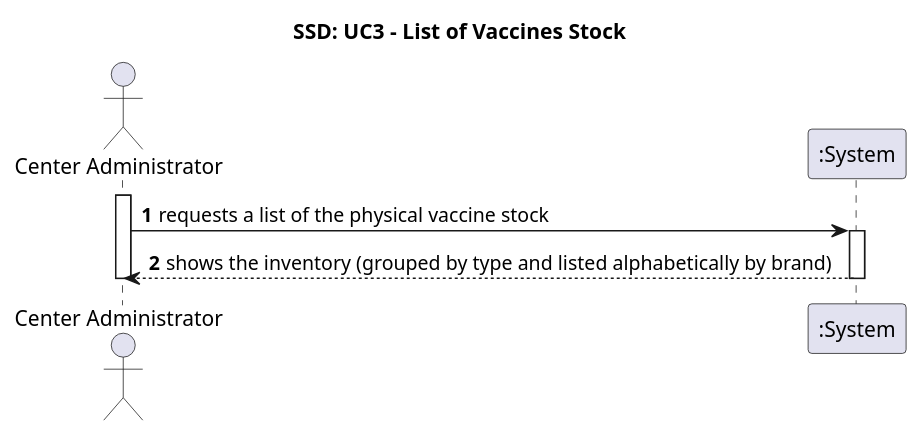
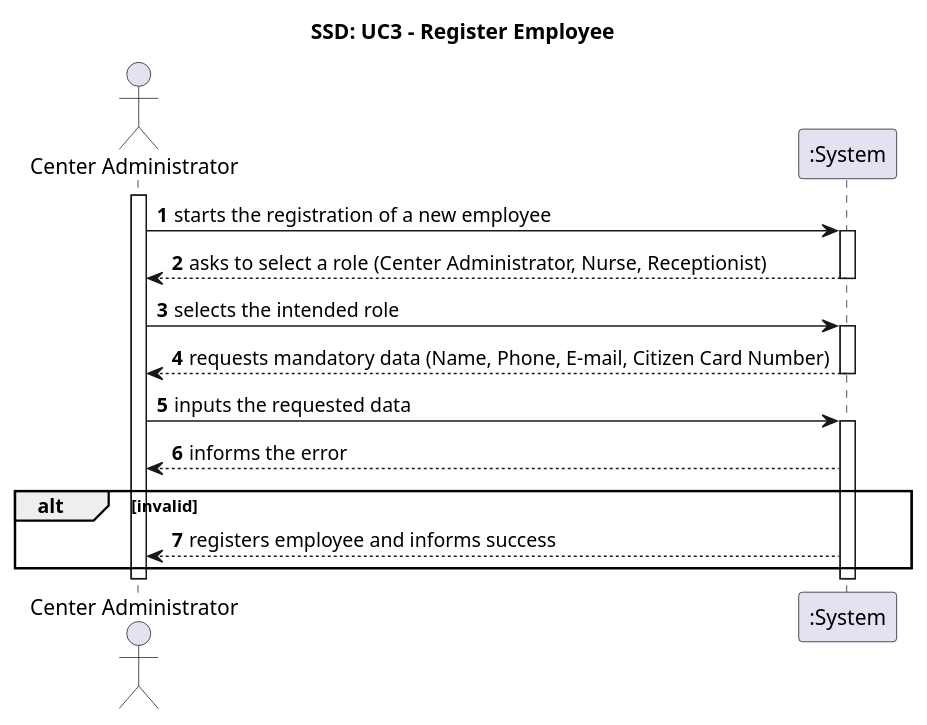
The diagram in Documentation/Use Cases/puml/UC3.puml (Andre-1240567/fsoft2026_1DD_1), drawn with PlantUML before and after one commit. The commit also changed 4 other files, not shown here.

```diff
--- a/Documentation/Use Cases/puml/UC3.puml
+++ b/Documentation/Use Cases/puml/UC3.puml
@@ -1,17 +1,30 @@
-@startuml SSD_ListVaccines
-title SSD: UC3 - List of Vaccines Stock
-
+@startuml SSD_RegisterEmployee
+title SSD: UC3 - Register Employee
 
 actor "Center Administrator" as Admin
 participant ":System" as System
 
 autonumber
 
 activate Admin
-Admin -> System: requests a list of the physical vaccine stock
+Admin -> System: starts the registration of a new employee
 activate System
-System --> Admin: shows the inventory (grouped by type and listed alphabetically by brand)
+System --> Admin: asks to select a role (Center Administrator, Nurse, Receptionist)
+deactivate System
+
+Admin -> System: selects the intended role
+activate System
+System --> Admin: requests mandatory data (Name, Phone, E-mail, Citizen Card Number)
+deactivate System
+
+Admin -> System: inputs the requested data
+activate System
+    System --> Admin: informs the error
+alt invalid
+   System --> Admin: registers employee and informs success
+end
+
 deactivate System
 deactivate Admin
 
 @enduml
```
